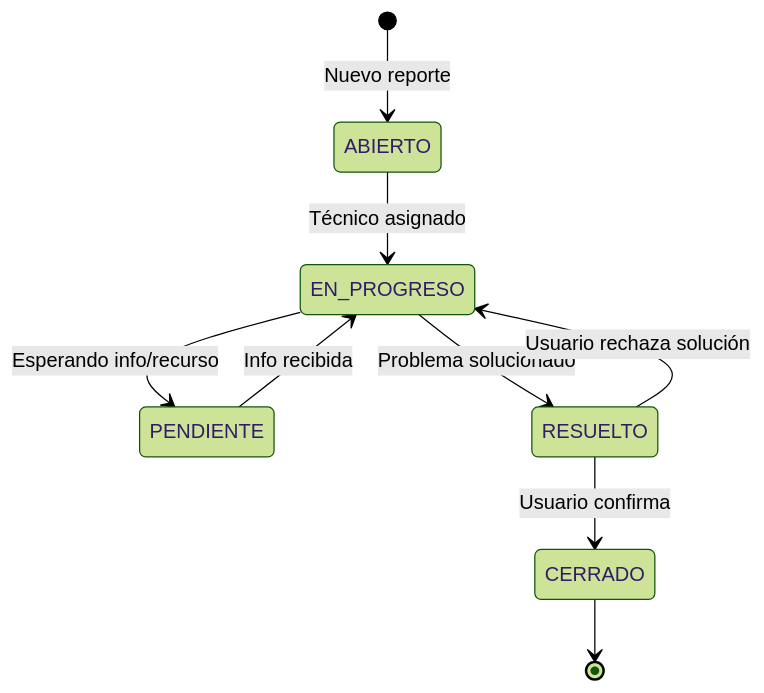
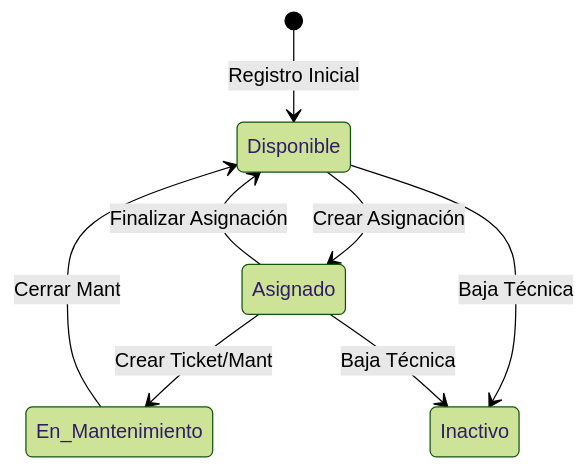
Before and after one commit to herwingx/inventario-ti-lds: the diagram in docs/REGLAS_NEGOCIO.md, drawn with Mermaid (forest theme). The commit also changed other lines of this file and 6 other files, not shown here.

````diff
--- a/docs/REGLAS_NEGOCIO.md
+++ b/docs/REGLAS_NEGOCIO.md
@@ -74,11 +11,10 @@
 ```mermaid
 stateDiagram-v2
-    [*] --> ABIERTO: Nuevo reporte
-    ABIERTO --> EN_PROGRESO: Técnico asignado
-    EN_PROGRESO --> PENDIENTE: Esperando info/recurso
-    PENDIENTE --> EN_PROGRESO: Info recibida
-    EN_PROGRESO --> RESUELTO: Problema solucionado
-    RESUELTO --> CERRADO: Usuario confirma
-    RESUELTO --> EN_PROGRESO: Usuario rechaza solución
-    CERRADO --> [*]
+    [*] --> Disponible: Registro Inicial
+    Disponible --> Asignado: Crear Asignación
+    Asignado --> Disponible: Finalizar Asignación
+    Asignado --> En_Mantenimiento: Crear Ticket/Mant
+    En_Mantenimiento --> Disponible: Cerrar Mant
+    Disponible --> Inactivo: Baja Técnica
+    Asignado --> Inactivo: Baja Técnica
 ```
````
